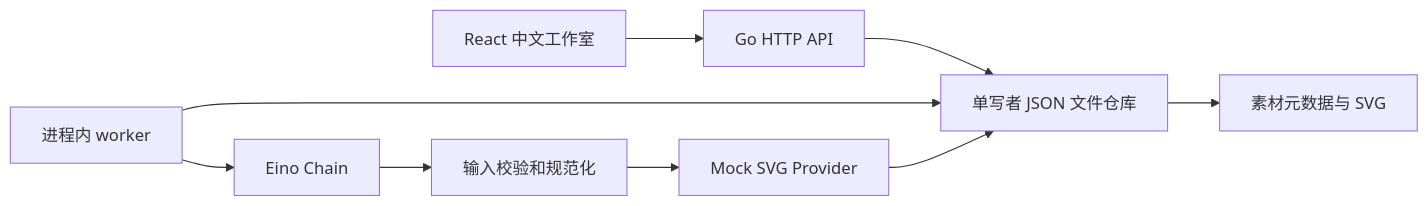
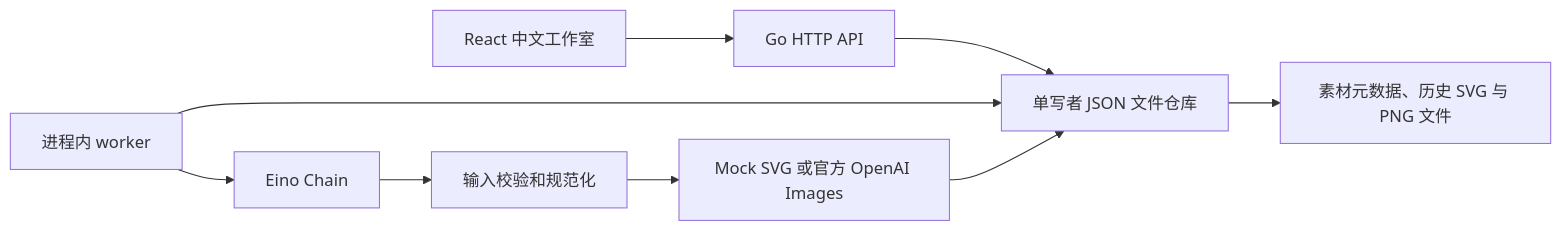
One commit to adcwb/ai-creative-studio changed the diagram in docs/architecture.md. Above: the diagram before and after it, drawn with Mermaid. The commit also changed other lines of this file and 48 other files, not shown here.

````diff
--- a/docs/architecture.md
+++ b/docs/architecture.md
@@ -7,11 +7,11 @@
 ```mermaid
 flowchart LR
   UI[React 中文工作室] --> API[Go HTTP API]
   API --> Store[单写者 JSON 文件仓库]
   Worker[进程内 worker] --> Store
   Worker --> Eino[Eino Chain]
   Eino --> Normalize[输入校验和规范化]
-  Normalize --> Mock[Mock SVG Provider]
-  Mock --> Store
-  Store --> Assets[素材元数据与 SVG]
+  Normalize --> Provider[Mock SVG 或官方 OpenAI Images]
+  Provider --> Store
+  Store --> Assets[素材元数据、历史 SVG 与 PNG 文件]
 ```
````
